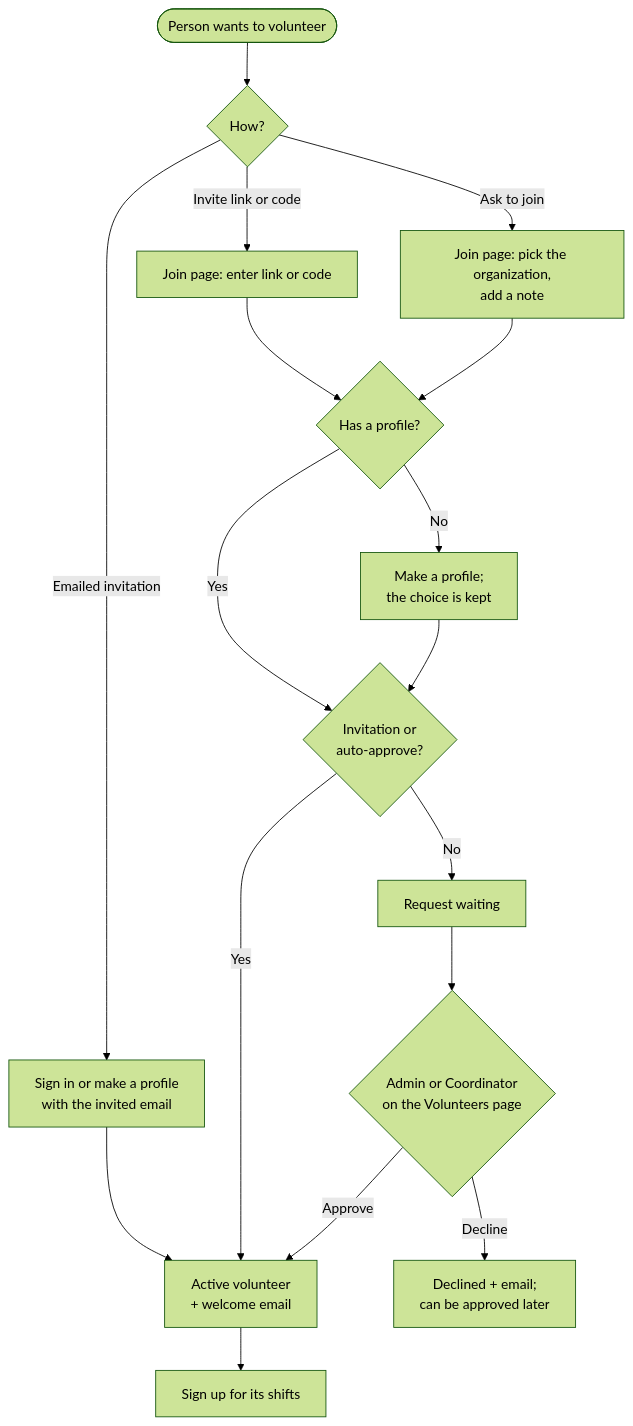
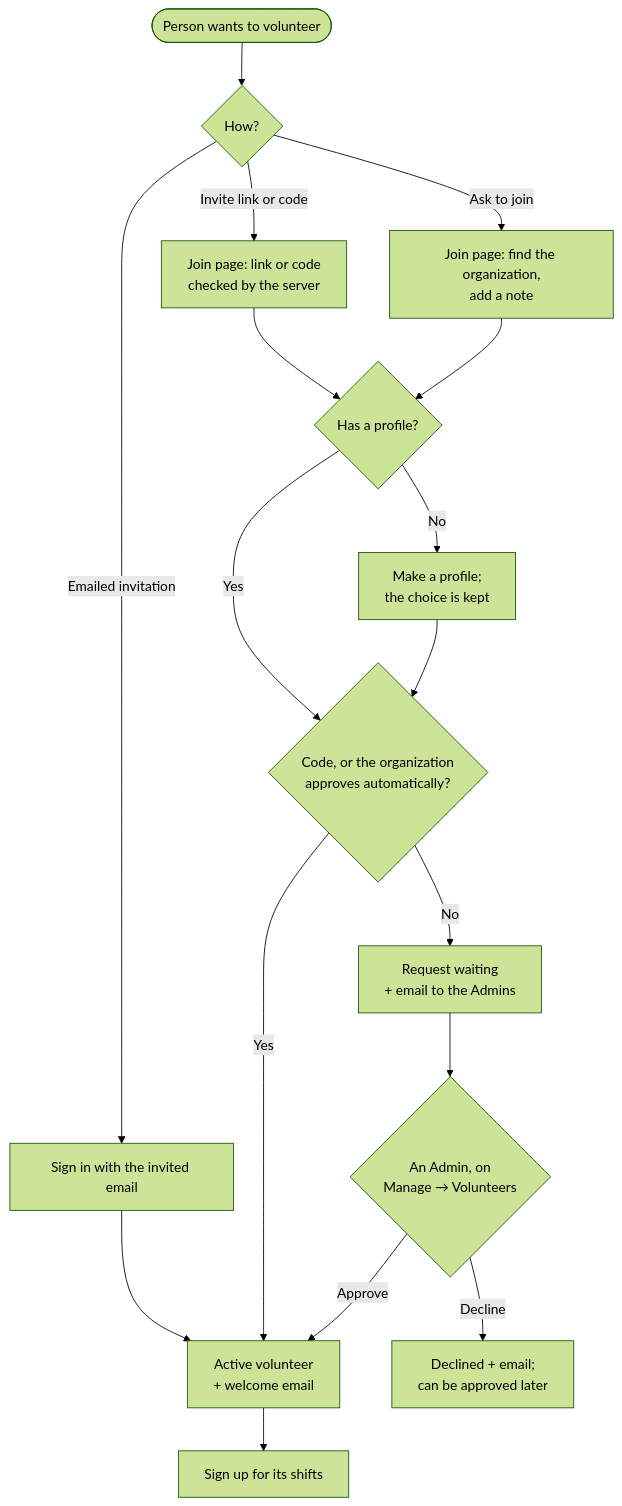
One commit to anb-solutions/sevak changed the ninth of 10 diagrams in docs/DIAGRAMS.md. Above: the diagram before and after it, drawn with Mermaid (forest theme). The commit also changed other lines of this file and 8 other files, not shown here.

````diff
--- a/docs/DIAGRAMS.md
+++ b/docs/DIAGRAMS.md
@@ -439,19 +424,19 @@
 ```mermaid
 flowchart TD
     S([Person wants to volunteer]) --> H{How?}
-    H -- "Invite link or code" --> I[Join page: enter link or code]
-    H -- "Emailed invitation" --> E[Sign in or make a profile<br/>with the invited email]
-    H -- "Ask to join" --> Q[Join page: pick the organization,<br/>add a note]
+    H -- "Invite link or code" --> I[Join page: link or code<br/>checked by the server]
+    H -- "Emailed invitation" --> E[Sign in with the invited email]
+    H -- "Ask to join" --> Q[Join page: find the organization,<br/>add a note]
     I --> P{Has a profile?}
     Q --> P
     P -- No --> NP[Make a profile;<br/>the choice is kept]
     P -- Yes --> J
-    NP --> J{Invitation or<br/>auto-approve?}
+    NP --> J{Code, or the organization<br/>approves automatically?}
     E --> ACT
     J -- Yes --> ACT[Active volunteer<br/>+ welcome email]
-    J -- No --> REQ[Request waiting]
-    REQ --> D{Admin or Coordinator<br/>on the Volunteers page}
+    J -- No --> REQ[Request waiting<br/>+ email to the Admins]
+    REQ --> D{An Admin, on<br/>Manage → Volunteers}
     D -- Approve --> ACT
     D -- Decline --> DEC[Declined + email;<br/>can be approved later]
     ACT --> SU[Sign up for its shifts]
 ```
````
